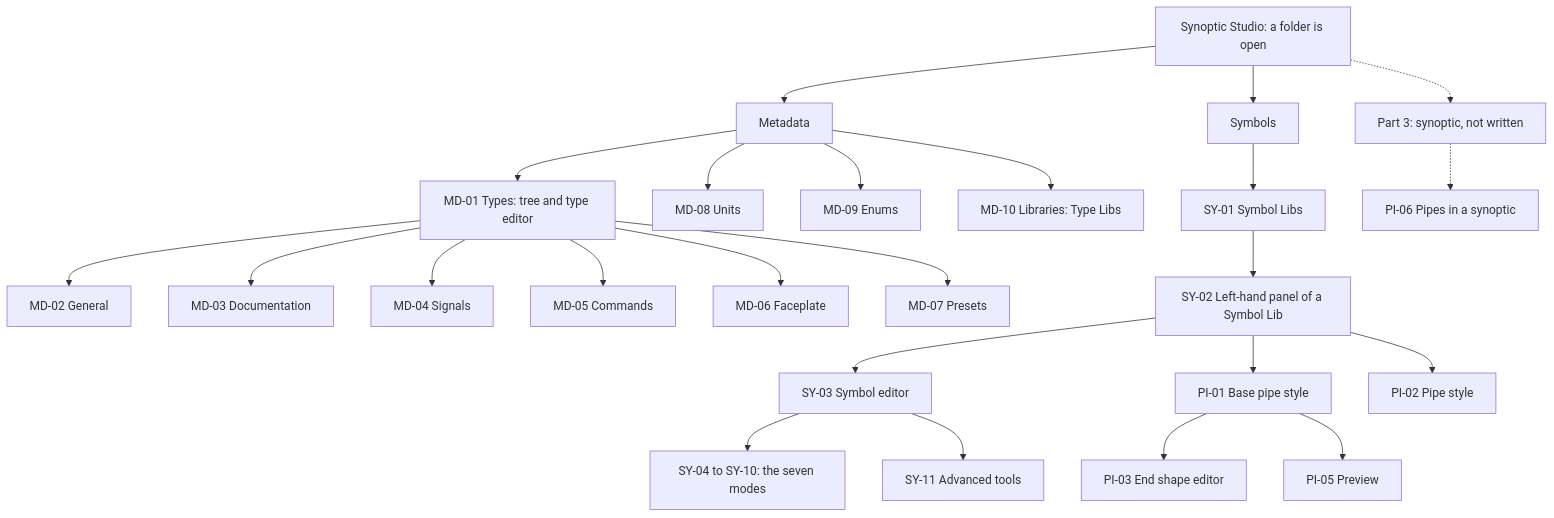
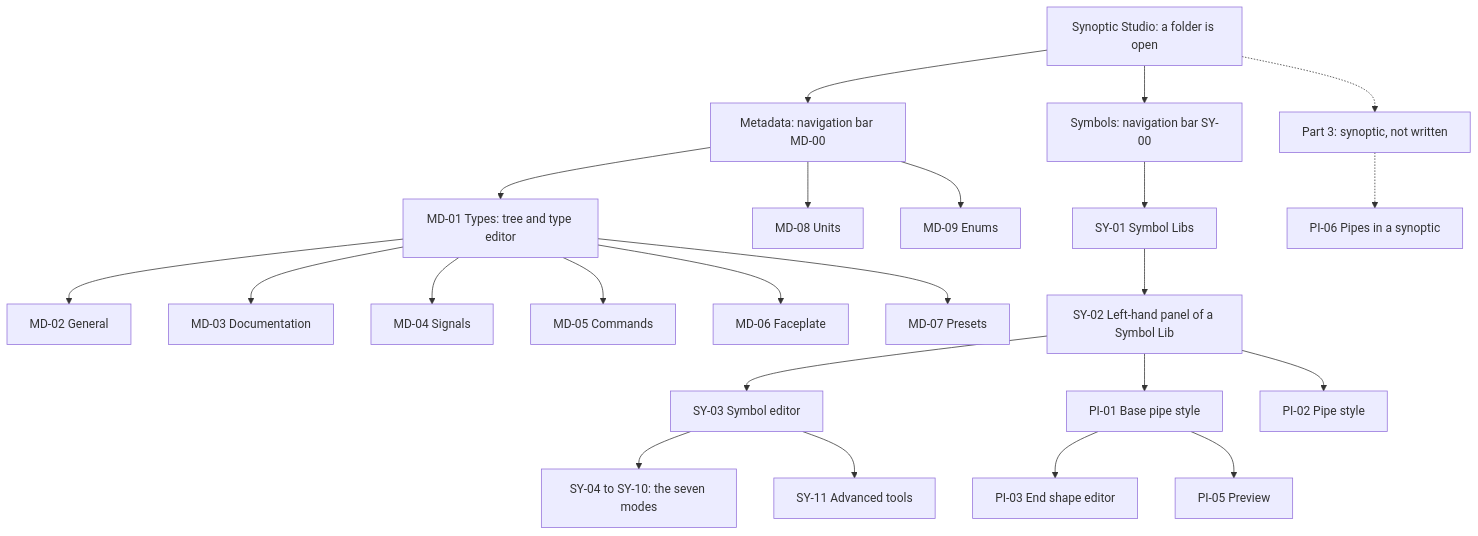
Before and after one commit to AlexandreGallais/synoptic-studio-spec: the third of 3 diagrams in screens/README.md, drawn with Mermaid. The commit also changed other lines of this file and 20 other files, not shown here.

First line of the commit message:
docs(spec): remove type libraries and add layout rules

````diff
--- a/screens/README.md
+++ b/screens/README.md
@@ -68,28 +97,27 @@
 ```mermaid
 flowchart TD
-    APP["Synoptic Studio: a folder is open"] --> MD["Metadata"]
-    APP --> SY["Symbols"]
+    APP["Synoptic Studio: a folder is open"] --> MD["Metadata: navigation bar MD-00"]
+    APP --> SY["Symbols: navigation bar SY-00"]
     APP -.-> P3["Part 3: synoptic, not written"]
 
     MD --> MD01["MD-01 Types: tree and type editor"]
     MD01 --> MD02["MD-02 General"]
     MD01 --> MD03["MD-03 Documentation"]
     MD01 --> MD04["MD-04 Signals"]
     MD01 --> MD05["MD-05 Commands"]
     MD01 --> MD06["MD-06 Faceplate"]
     MD01 --> MD07["MD-07 Presets"]
     MD --> MD08["MD-08 Units"]
     MD --> MD09["MD-09 Enums"]
-    MD --> MD10["MD-10 Libraries: Type Libs"]
 
     SY --> SY01["SY-01 Symbol Libs"]
     SY01 --> SY02["SY-02 Left-hand panel of a Symbol Lib"]
     SY02 --> SY03["SY-03 Symbol editor"]
     SY03 --> SY04["SY-04 to SY-10: the seven modes"]
     SY03 --> SY11["SY-11 Advanced tools"]
     SY02 --> PI01["PI-01 Base pipe style"]
     SY02 --> PI02["PI-02 Pipe style"]
     PI01 --> PI03["PI-03 End shape editor"]
     PI01 --> PI05["PI-05 Preview"]
     P3 -.-> PI06["PI-06 Pipes in a synoptic"]
 ```
````
